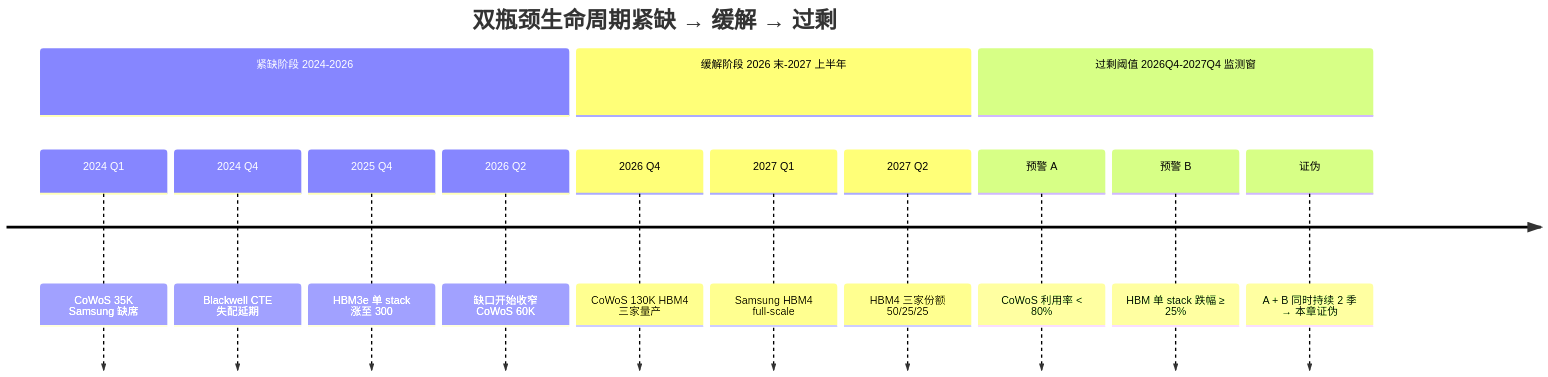
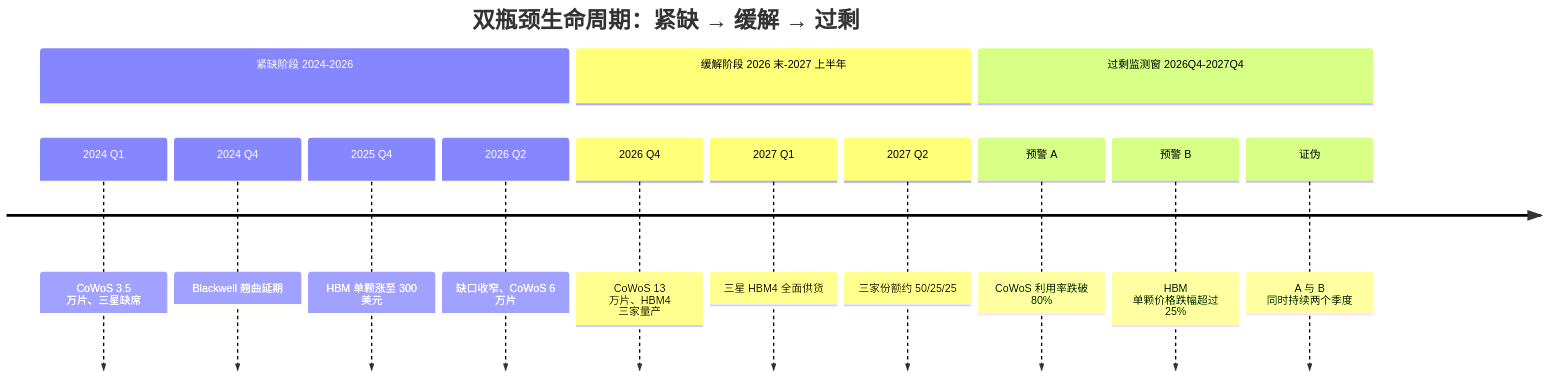
Before and after one commit to diguike/book-compute-economics: the fifth of 5 diagrams in book/11-bottleneck-physics/README.md, drawn with Mermaid. The commit also changed other lines of this file and 33 other files, not shown here.

````diff
--- a/book/11-bottleneck-physics/README.md
+++ b/book/11-bottleneck-physics/README.md
@@ -941,17 +884,17 @@
 ```mermaid
 timeline
-    title 双瓶颈生命周期紧缺 → 缓解 → 过剩
+    title 双瓶颈生命周期：紧缺 → 缓解 → 过剩
     section 紧缺阶段 2024-2026
-        2024 Q1 : CoWoS 35K Samsung 缺席
-        2024 Q4 : Blackwell CTE 失配延期
-        2025 Q4 : HBM3e 单 stack 涨至 300
-        2026 Q2 : 缺口开始收窄 CoWoS 60K
+        2024 Q1 : CoWoS 3.5 万片、三星缺席
+        2024 Q4 : Blackwell 翘曲延期
+        2025 Q4 : HBM 单颗涨至 300 美元
+        2026 Q2 : 缺口收窄、CoWoS 6 万片
     section 缓解阶段 2026 末-2027 上半年
-        2026 Q4 : CoWoS 130K HBM4 三家量产
-        2027 Q1 : Samsung HBM4 full-scale
-        2027 Q2 : HBM4 三家份额 50/25/25
-    section 过剩阈值 2026Q4-2027Q4 监测窗
-        预警 A : CoWoS 利用率 < 80%
-        预警 B : HBM 单 stack 跌幅 ≥ 25%
-        证伪 : A + B 同时持续 2 季 → 本章证伪
+        2026 Q4 : CoWoS 13 万片、HBM4 三家量产
+        2027 Q1 : 三星 HBM4 全面供货
+        2027 Q2 : 三家份额约 50/25/25
+    section 过剩监测窗 2026Q4-2027Q4
+        预警 A : CoWoS 利用率跌破 80%
+        预警 B : HBM 单颗价格跌幅超过 25%
+        证伪 : A 与 B 同时持续两个季度
 ```
````
